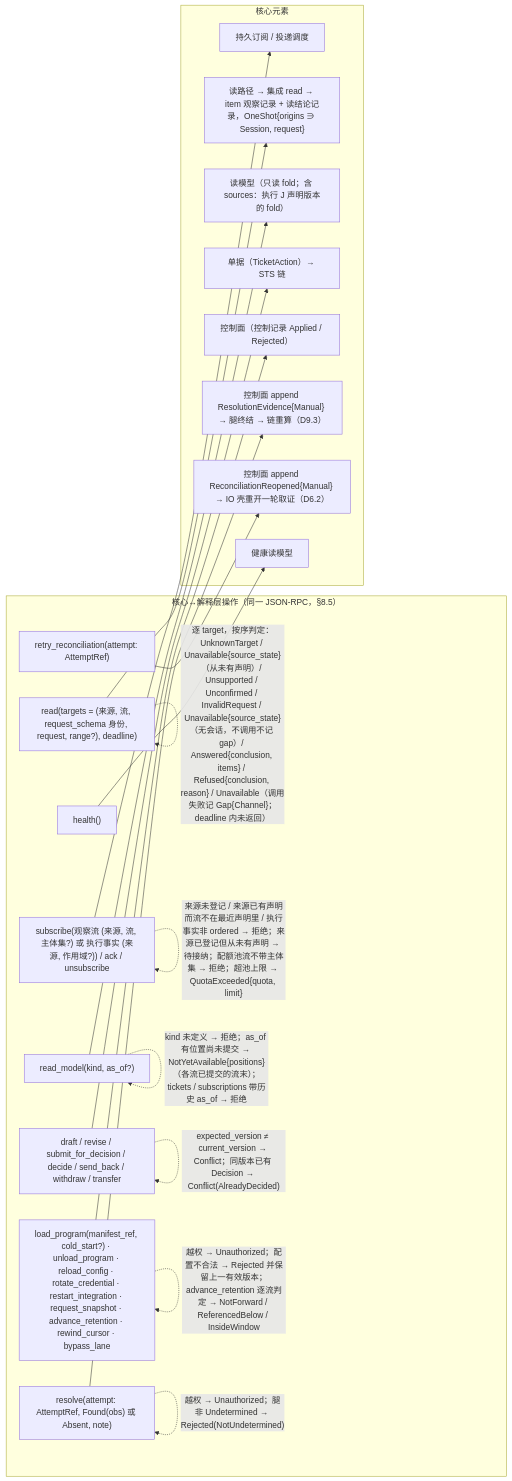
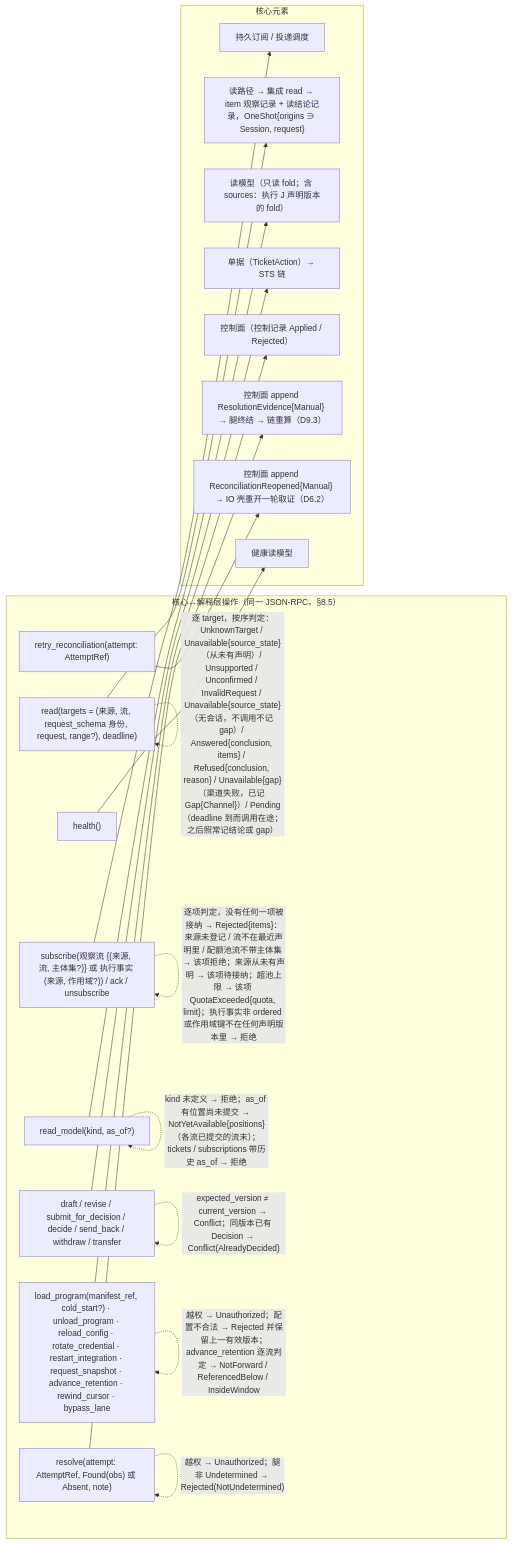
The second of 5 diagrams in design/diagrams/09-alice-session.md (mouriya-s-lab/uta), drawn with Mermaid before and after one commit. The commit also changed other lines of this file and 11 other files, not shown here.

````diff
--- a/design/diagrams/09-alice-session.md
+++ b/design/diagrams/09-alice-session.md
@@ -52,37 +52,37 @@
 ```mermaid
 flowchart LR
   subgraph OPS["核心↔解释层操作（同一 JSON-RPC，§8.5）"]
-    S1["subscribe(观察流 (来源, 流, 主体集?) 或 执行事实 (来源, 作用域?)) / ack / unsubscribe"]
+    S1["subscribe(观察流 {(来源, 流, 主体集?)} 或 执行事实 (来源, 作用域?)) / ack / unsubscribe"]
     S2["read(targets = (来源, 流, request_schema 身份, request, range?), deadline)"]
     S3["read_model(kind, as_of?)"]
     S4["draft / revise / submit_for_decision / decide / send_back / withdraw / transfer"]
     S5["load_program(manifest_ref, cold_start?) · unload_program · reload_config · rotate_credential · restart_integration · request_snapshot · advance_retention · rewind_cursor · bypass_lane"]
     S6["resolve(attempt: AttemptRef, Found(obs) 或 Absent, note)"]
     S6b["retry_reconciliation(attempt: AttemptRef)"]
     S7["health()"]
   end
   subgraph EL["核心元素"]
     SUB["持久订阅 / 投递调度"]
     RDP["读路径 → 集成 read → item 观察记录 + 读结论记录，OneShot{origins ∋ Session, request}"]
     RM["读模型（只读 fold；含 sources：执行 J 声明版本的 fold）"]
     TK["单据（TicketAction）→ STS 链"]
     CTL["控制面（控制记录 Applied / Rejected）"]
     IOR["控制面 append ResolutionEvidence{Manual} → 腿终结 → 链重算（D9.3）"]
     RRO["控制面 append ReconciliationReopened{Manual} → IO 壳重开一轮取证（D6.2）"]
     HL["健康读模型"]
   end
   S1 --> SUB
   S2 --> RDP
   S3 --> RM
   S4 --> TK
   S5 --> CTL
   S6 --> IOR
   S6b --> RRO
   S7 --> HL
-  S2 -.->|"逐 target，按序判定：UnknownTarget / Unavailable{source_state}（从未有声明）/ Unsupported / Unconfirmed / InvalidRequest / Unavailable{source_state}（无会话，不调用不记 gap）/ Answered{conclusion, items} / Refused{conclusion, reason} / Unavailable（调用失败记 Gap{Channel}；deadline 内未返回）"| S2
-  S1 -.->|"来源未登记 / 来源已有声明而流不在最近声明里 / 执行事实非 ordered → 拒绝；来源已登记但从未有声明 → 待接纳；配额池流不带主体集 → 拒绝；超池上限 → QuotaExceeded{quota, limit}"| S1
+  S2 -.->|"逐 target，按序判定：UnknownTarget / Unavailable{source_state}（从未有声明）/ Unsupported / Unconfirmed / InvalidRequest / Unavailable{source_state}（无会话，不调用不记 gap）/ Answered{conclusion, items} / Refused{conclusion, reason} / Unavailable{gap}（渠道失败，已记 Gap{Channel}）/ Pending（deadline 到而调用在途；之后照常记结论或 gap）"| S2
+  S1 -.->|"逐项判定，没有任何一项被接纳 → Rejected{items}：来源未登记 / 流不在最近声明里 / 配额池流不带主体集 → 该项拒绝；来源从未有声明 → 该项待接纳；超池上限 → 该项 QuotaExceeded{quota, limit}；执行事实非 ordered 或作用域键不在任何声明版本里 → 拒绝"| S1
   S3 -.->|"kind 未定义 → 拒绝；as_of 有位置尚未提交 → NotYetAvailable{positions}（各流已提交的流末）；tickets / subscriptions 带历史 as_of → 拒绝"| S3
   S4 -.->|"expected_version ≠ current_version → Conflict；同版本已有 Decision → Conflict(AlreadyDecided)"| S4
   S5 -.->|"越权 → Unauthorized；配置不合法 → Rejected 并保留上一有效版本；advance_retention 逐流判定 → NotForward / ReferencedBelow / InsideWindow"| S5
   S6 -.->|"越权 → Unauthorized；腿非 Undetermined → Rejected(NotUndetermined)"| S6
 ```
````
